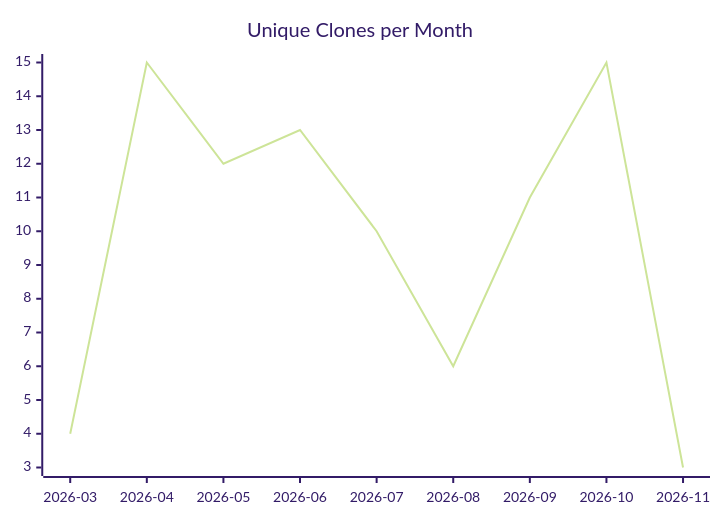
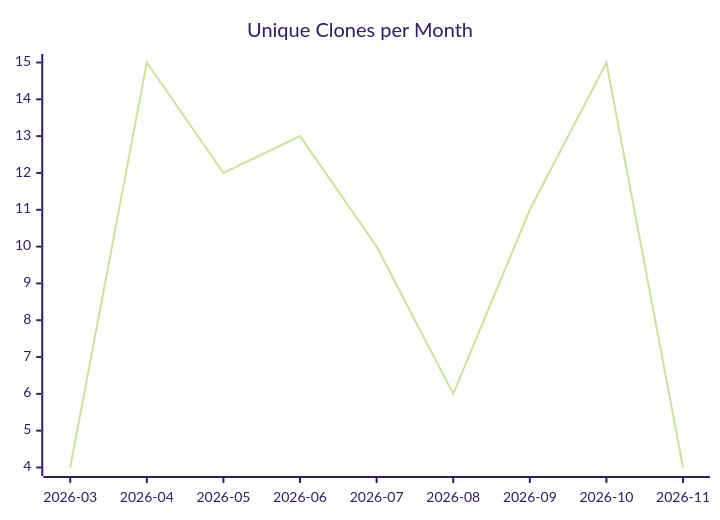
The third of 3 diagrams in karlmdavis/ansible-role-bind-dns/README.md (justdavis-family/github-analytics-data), drawn with Mermaid (forest theme) before and after one commit. The commit also changed other lines of this file and 192 other files, not shown here.

````diff
--- a/karlmdavis/ansible-role-bind-dns/README.md
+++ b/karlmdavis/ansible-role-bind-dns/README.md
@@ -19,6 +19,6 @@
 ```mermaid
 xychart-beta
   title "Unique Clones per Month"
   x-axis ["2026-03", "2026-04", "2026-05", "2026-06", "2026-07", "2026-08", "2026-09", "2026-10", "2026-11"]
-  line [4, 15, 12, 13, 10, 6, 11, 15, 3]
+  line [4, 15, 12, 13, 10, 6, 11, 15, 4]
 ```
````
